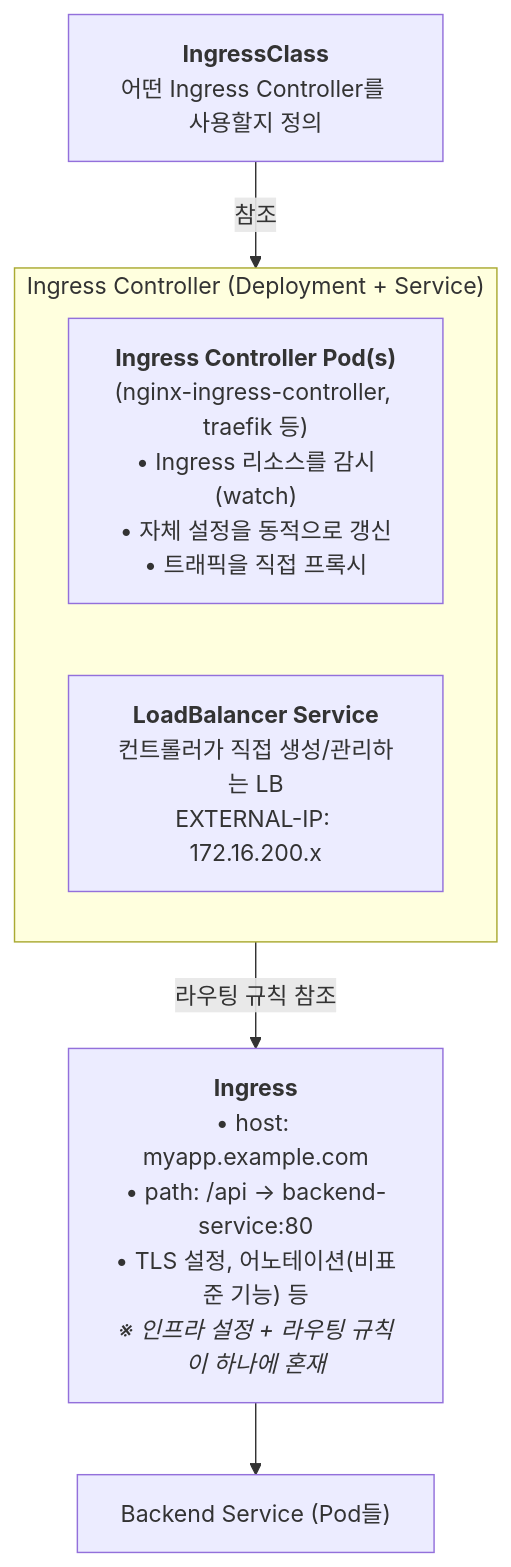
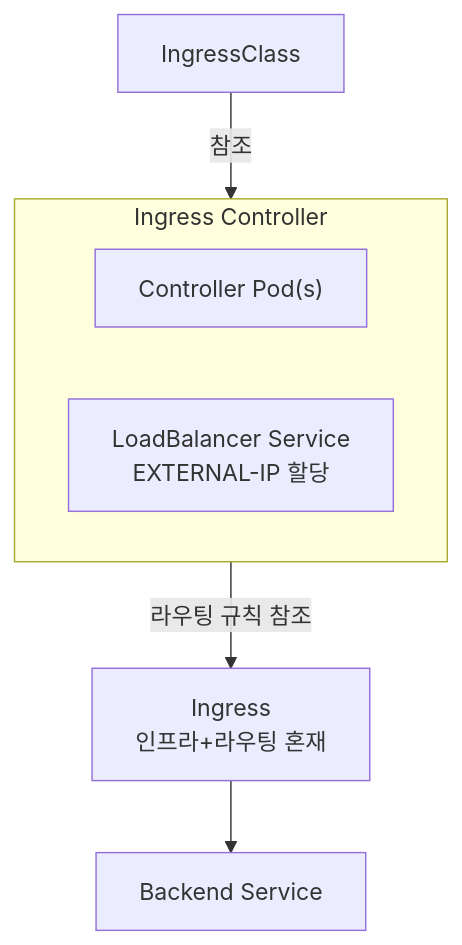
Before and after one commit to garlicKim21/kubernetes-onprem-training: the first of 8 diagrams in day1/ch07-gateway-api/README.md, drawn with Mermaid. The commit also changed other lines of this file and 6 other files, not shown here.

````diff
--- a/day1/ch07-gateway-api/README.md
+++ b/day1/ch07-gateway-api/README.md
@@ -40,13 +40,13 @@
 ```mermaid
 graph TD
-    IC["<b>IngressClass</b><br/>어떤 Ingress Controller를 사용할지 정의"]
+    IC["IngressClass"]
     IC -- "참조" --> Controller
 
-    subgraph Controller["Ingress Controller (Deployment + Service)"]
-        Pods["<b>Ingress Controller Pod(s)</b><br/>(nginx-ingress-controller, traefik 등)<br/>• Ingress 리소스를 감시(watch)<br/>• 자체 설정을 동적으로 갱신<br/>• 트래픽을 직접 프록시"]
-        LBSvc["<b>LoadBalancer Service</b><br/>컨트롤러가 직접 생성/관리하는 LB<br/>EXTERNAL-IP: 172.16.200.x"]
+    subgraph Controller["Ingress Controller"]
+        Pods["Controller Pod(s)"]
+        LBSvc["LoadBalancer Service<br/>EXTERNAL-IP 할당"]
     end
 
-    Controller -- "라우팅 규칙 참조" --> Ingress["<b>Ingress</b><br/>• host: myapp.example.com<br/>• path: /api → backend-service:80<br/>• TLS 설정, 어노테이션(비표준 기능) 등<br/><i>※ 인프라 설정 + 라우팅 규칙이 하나에 혼재</i>"]
-    Ingress --> Backend1["Backend Service (Pod들)"]
+    Controller -- "라우팅 규칙 참조" --> Ingress["Ingress<br/>인프라+라우팅 혼재"]
+    Ingress --> Backend1["Backend Service"]
 ```
````
